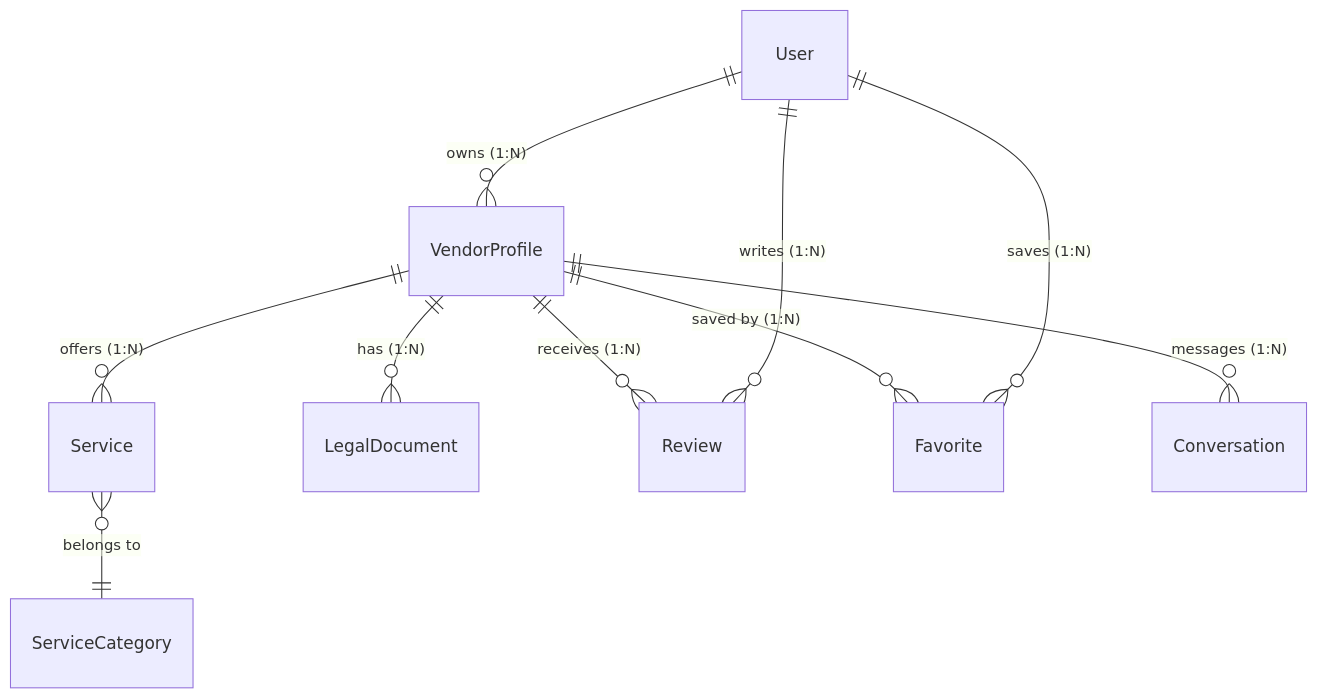
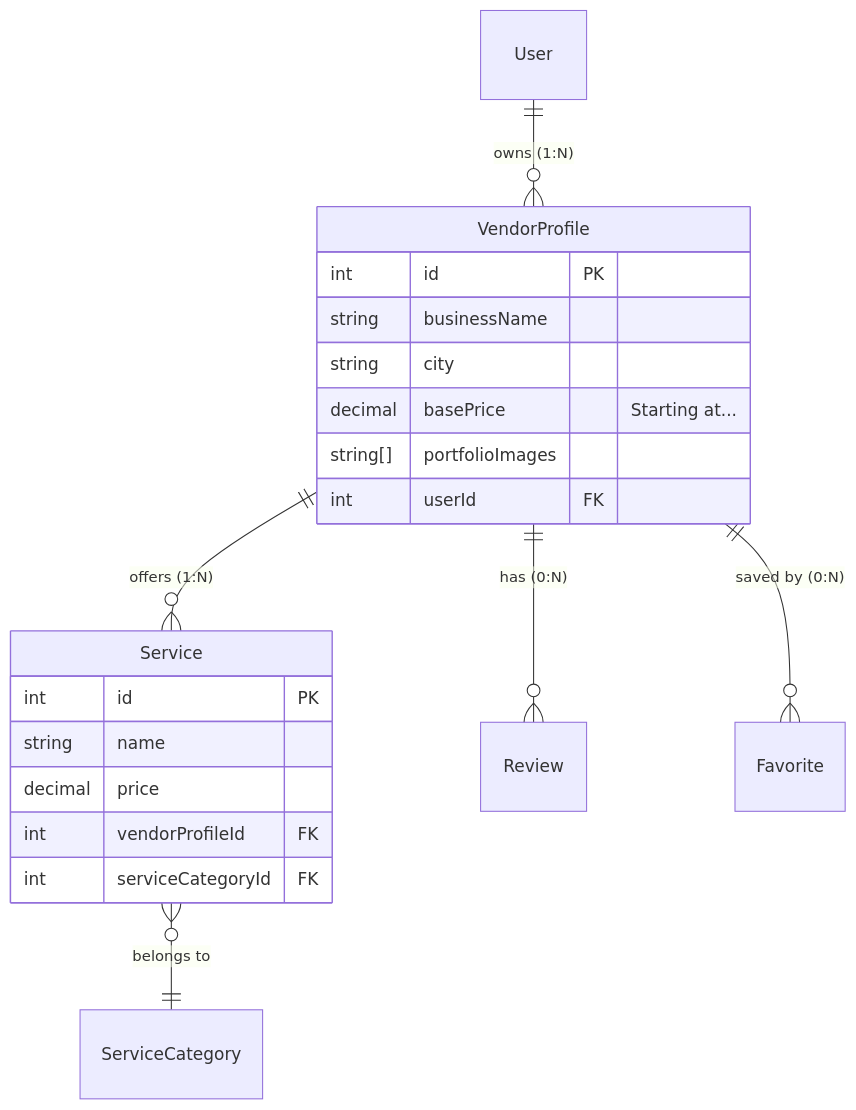
One commit to Matesfu/advert-app changed the first of 2 diagrams in docs/vendor_profile/implementation_plan.md. Above: the diagram before and after it, drawn with Mermaid. The commit also changed other lines of this file and 1 other file, not shown here.

Commit message:
task.md added for the vendor_profile implementation

````diff
--- a/docs/vendor_profile/implementation_plan.md
+++ b/docs/vendor_profile/implementation_plan.md
@@ -16,12 +22,25 @@
 ```mermaid
 erDiagram
     User ||--o{ VendorProfile : "owns (1:N)"
     VendorProfile ||--o{ Service : "offers (1:N)"
-    VendorProfile ||--o{ LegalDocument : "has (1:N)"
-    VendorProfile ||--o{ Review : "receives (1:N)"
-    VendorProfile ||--o{ Favorite : "saved by (1:N)"
-    VendorProfile ||--o{ Conversation : "messages (1:N)"
+    VendorProfile ||--o{ Review : "has (0:N)"
+    VendorProfile ||--o{ Favorite : "saved by (0:N)"
     Service }o--|| ServiceCategory : "belongs to"
-    User ||--o{ Review : "writes (1:N)"
-    User ||--o{ Favorite : "saves (1:N)"
+
+    VendorProfile {
+        int id PK
+        string businessName
+        string city
+        decimal basePrice "Starting at..."
+        string[] portfolioImages
+        int userId FK
+    }
+
+    Service {
+        int id PK
+        string name
+        decimal price
+        int vendorProfileId FK
+        int serviceCategoryId FK
+    }
 ```
````
